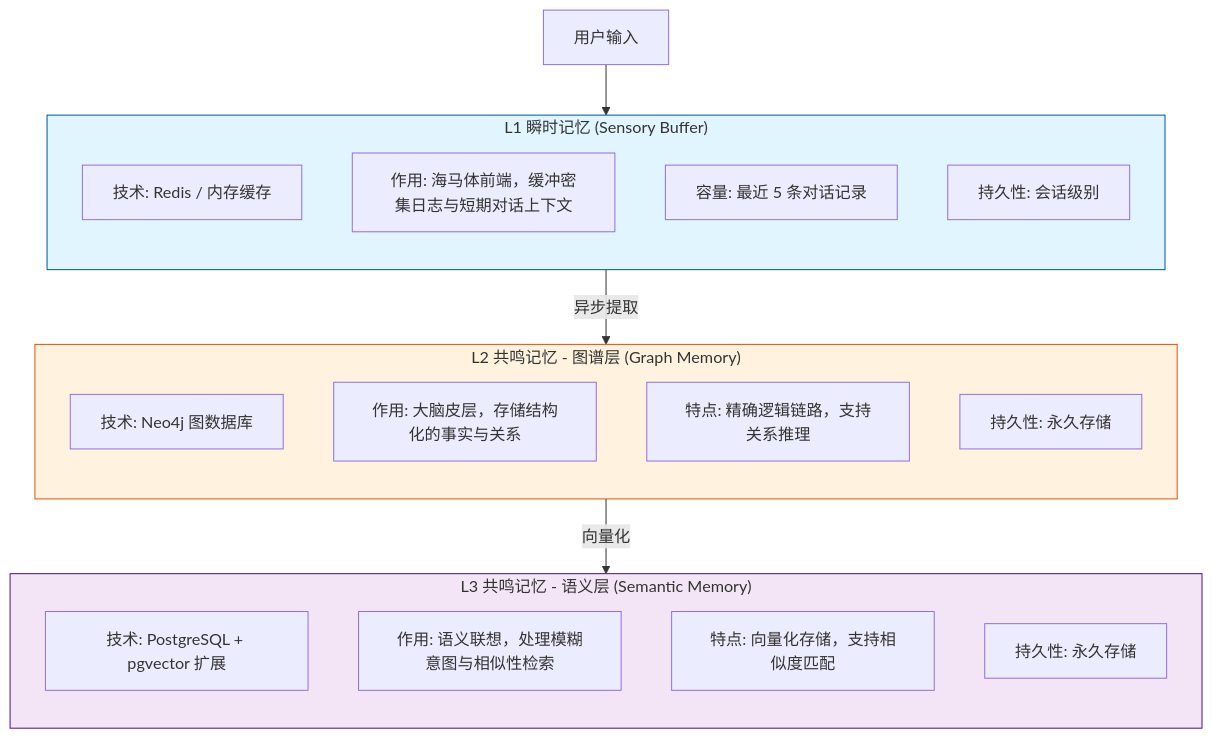
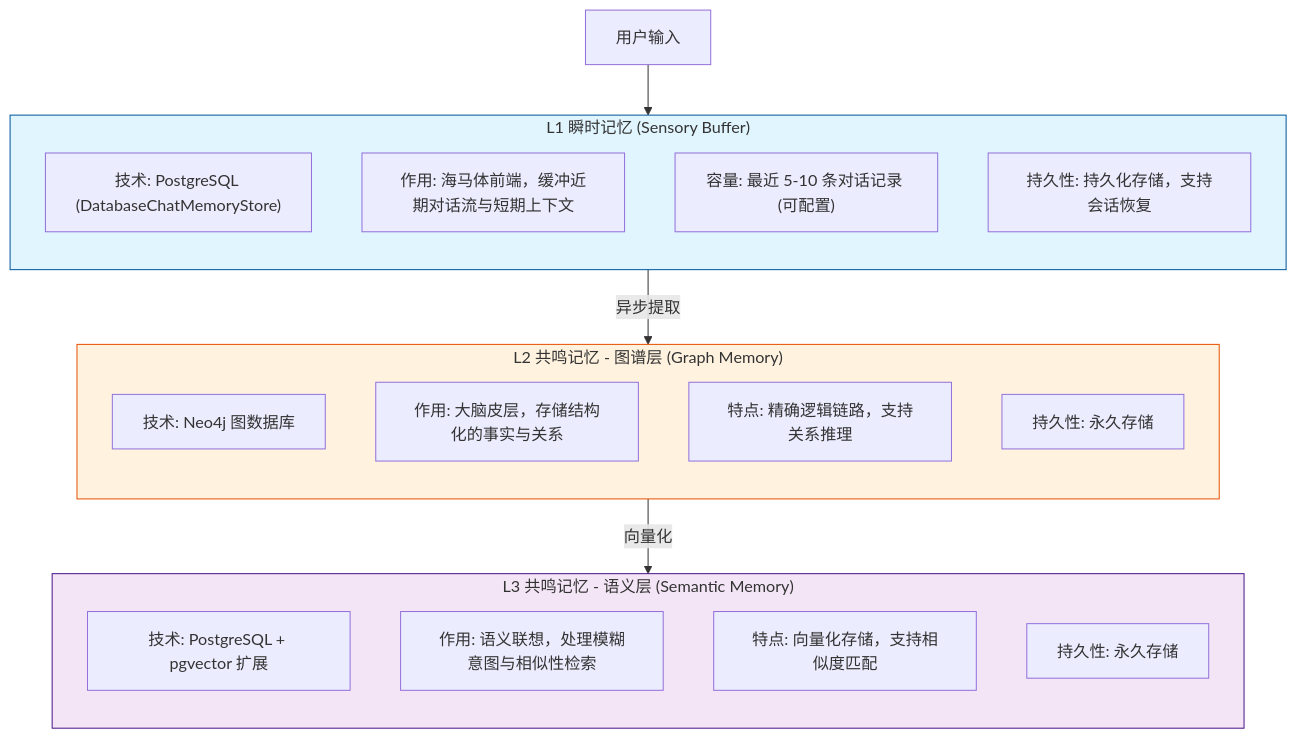
The first of 4 diagrams in doc/记忆系统设计文档.md (SailRuo/LingShu-AI), drawn with Mermaid before and after one commit. The commit also changed other lines of this file and 36 other files, not shown here.

````diff
--- a/doc/记忆系统设计文档.md
+++ b/doc/记忆系统设计文档.md
@@ -32,34 +32,34 @@
 ```mermaid
 flowchart TB
     subgraph L1["L1 瞬时记忆 (Sensory Buffer)"]
         direction TB
-        L1_tech["技术: Redis / 内存缓存"]
-        L1_role["作用: 海马体前端，缓冲密集日志与短期对话上下文"]
-        L1_cap["容量: 最近 5 条对话记录"]
-        L1_life["持久性: 会话级别"]
+        L1_tech["技术: PostgreSQL (DatabaseChatMemoryStore)"]
+        L1_role["作用: 海马体前端，缓冲近期对话流与短期上下文"]
+        L1_cap["容量: 最近 5-10 条对话记录 (可配置)"]
+        L1_life["持久性: 持久化存储，支持会话恢复"]
     end
 
     subgraph L2["L2 共鸣记忆 - 图谱层 (Graph Memory)"]
         direction TB
         L2_tech["技术: Neo4j 图数据库"]
         L2_role["作用: 大脑皮层，存储结构化的事实与关系"]
         L2_feat["特点: 精确逻辑链路，支持关系推理"]
         L2_life["持久性: 永久存储"]
     end
 
     subgraph L3["L3 共鸣记忆 - 语义层 (Semantic Memory)"]
         direction TB
         L3_tech["技术: PostgreSQL + pgvector 扩展"]
         L3_role["作用: 语义联想，处理模糊意图与相似性检索"]
         L3_feat["特点: 向量化存储，支持相似度匹配"]
         L3_life["持久性: 永久存储"]
     end
 
     Input["用户输入"] --> L1
     L1 -->|"异步提取"| L2
     L2 -->|"向量化"| L3
 
     style L1 fill:#e1f5fe,stroke:#01579b
     style L2 fill:#fff3e0,stroke:#e65100
     style L3 fill:#f3e5f5,stroke:#4a148c
 ```
````
